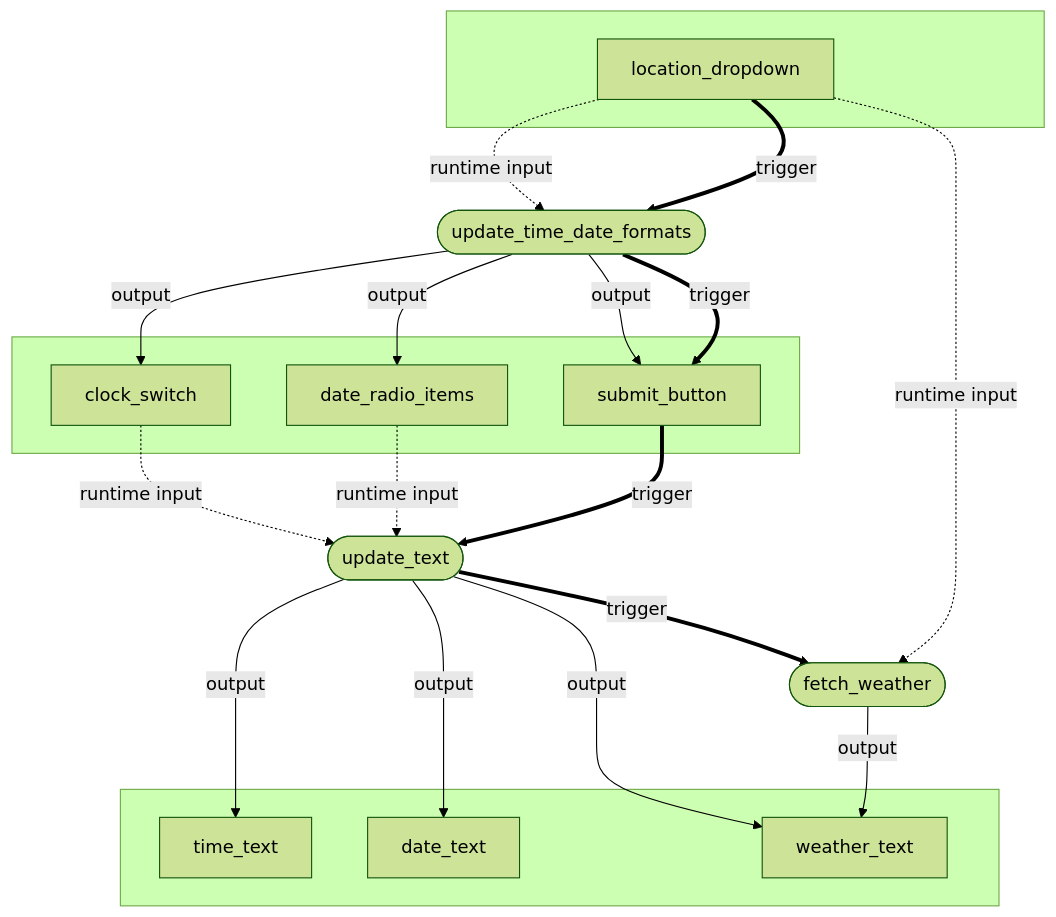
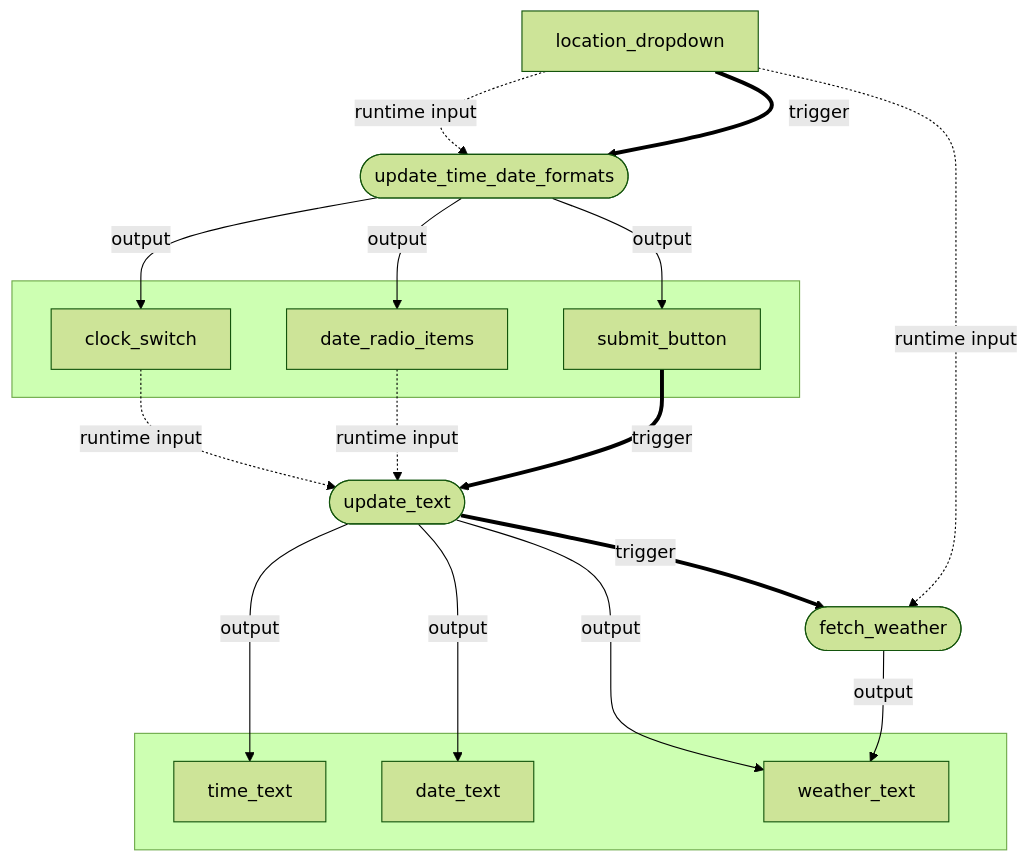
The fifth of 6 diagrams in vizro-core/docs/pages/tutorials/actions.md (mckinsey/vizro), drawn with Mermaid (forest theme) before and after one commit. The commit also changed other lines of this file and 2 other files, not shown here.

````diff
--- a/vizro-core/docs/pages/tutorials/actions.md
+++ b/vizro-core/docs/pages/tutorials/actions.md
@@ -507,29 +594,23 @@
 ```mermaid
 graph TD
   subgraph screen_1[" "]
-    location_dropdown
-  end
-
-  subgraph screen_2[" "]
     clock_switch
     date_radio_items
     submit_button
   end
 
-  subgraph screen_3[" "]
+  subgraph screen_2[" "]
     time_text
     date_text
     weather_text
   end
  
   clock_switch & date_radio_items -. runtime input .-> update_text -- output --> time_text & date_text & weather_text
   location_dropdown -. runtime input .-> update_time_date_formats -- output --> clock_switch & date_radio_items & submit_button
  
-  location_dropdown == trigger ==> update_time_date_formats
-  update_time_date_formats([update_time_date_formats]) == trigger ==> submit_button
+  location_dropdown == trigger ==> update_time_date_formats([update_time_date_formats])
   submit_button == trigger ==> update_text
   update_text([update_text]) == trigger ==> fetch_weather([fetch_weather])
   
   location_dropdown -. runtime input .-> fetch_weather -- output --> weather_text
-
 ```
````
